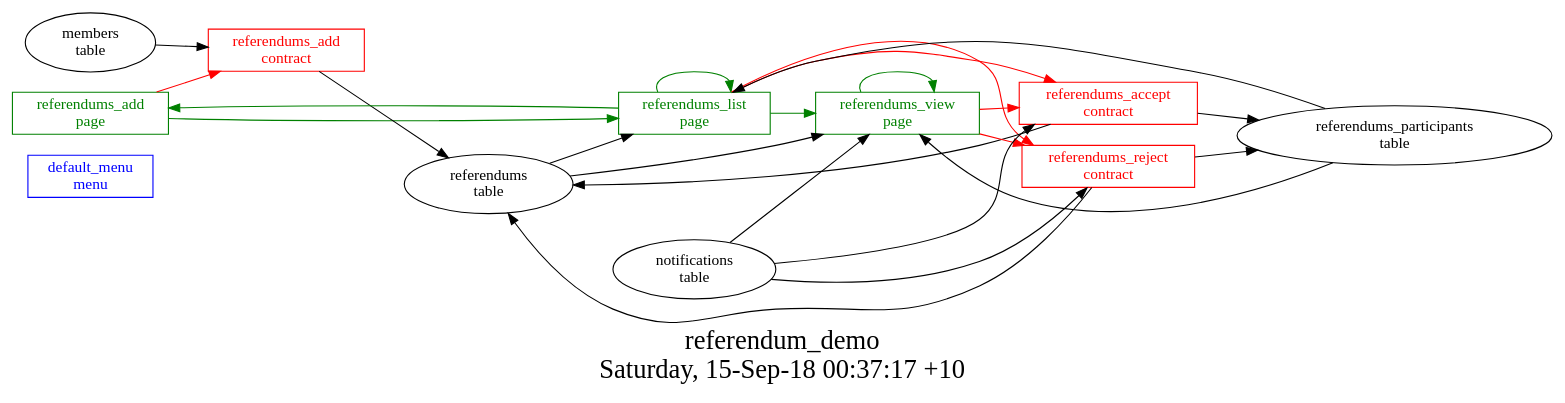
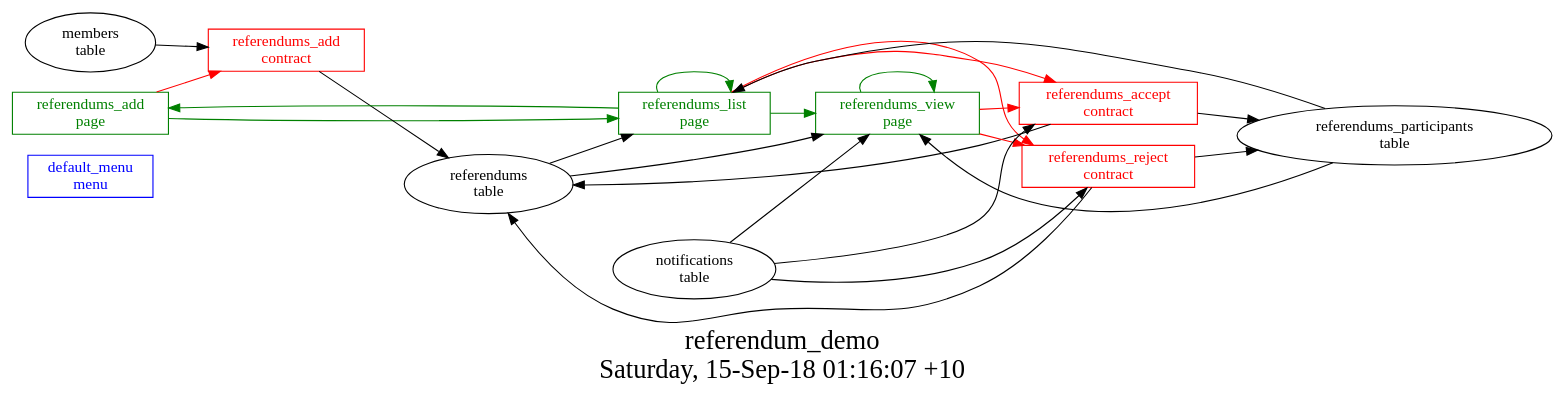
One commit to AplaProject/apps changed the diagram in quick-start-apps/referendum_demo/struct.dot. Above: the diagram before and after it, drawn with Graphviz. The commit also changed 12 other files, not shown here.

```diff
--- a/quick-start-apps/referendum_demo/struct.dot
+++ b/quick-start-apps/referendum_demo/struct.dot
@@ -1,40 +1,40 @@
 digraph G {
 fontsize="24";
-label="referendum_demo\nSaturday, 15-Sep-18 00:37:17 +10";
+label="referendum_demo\nSaturday, 15-Sep-18 01:16:07 +10";
 nojustify=true;
 ordering=out;
 rankdir=LR;
 size="30";
 "default_menu\nmenu" [color=blue, fontcolor=blue, group=menus, shape=record];
 "referendums_add\npage" -> "referendums_add\ncontract"  [ color=red ]
 "referendums_add\npage" -> "referendums_list\npage"  [ color=green ]
 "referendums_add\npage" [color=green, fontcolor=green, group=pages, shape=record];
 "referendums_list\npage" -> "referendums_reject\ncontract"  [ color=red ]
 "referendums_list\npage" -> "referendums_accept\ncontract"  [ color=red ]
 "referendums\ntable" -> "referendums_list\npage"
 "referendums_participants\ntable" -> "referendums_list\npage"
 "referendums_list\npage" -> "referendums_add\npage"  [ color=green ]
 "referendums_list\npage" -> "referendums_view\npage"  [ color=green ]
 "referendums_list\npage" -> "referendums_list\npage"  [ color=green ]
 "referendums_list\npage" [color=green, fontcolor=green, group=pages, shape=record];
 "referendums_view\npage" -> "referendums_accept\ncontract"  [ color=red ]
 "referendums_view\npage" -> "referendums_reject\ncontract"  [ color=red ]
 "notifications\ntable" -> "referendums_view\npage"
 "referendums\ntable" -> "referendums_view\npage"
 "referendums_participants\ntable" -> "referendums_view\npage"
 "referendums_view\npage" -> "referendums_view\npage"  [ color=green ]
 "referendums_view\npage" [color=green, fontcolor=green, group=pages, shape=record];
 "referendums_accept\ncontract" -> "referendums\ntable"  [ color="" ]
 "referendums_accept\ncontract" -> "referendums_participants\ntable"  [ color="" ]
 "notifications\ntable" -> "referendums_accept\ncontract"
 "referendums_accept\ncontract" [color=red, fontcolor=red, group=contracts, shape=record];
 "referendums_add\ncontract" -> "referendums\ntable"  [ color="" ]
 "members\ntable" -> "referendums_add\ncontract"
 "referendums_add\ncontract" [color=red, fontcolor=red, group=contracts, shape=record];
 "referendums_reject\ncontract" -> "referendums\ntable"  [ color="" ]
 "referendums_reject\ncontract" -> "referendums_participants\ntable"  [ color="" ]
 "notifications\ntable" -> "referendums_reject\ncontract"
 "referendums_reject\ncontract" [color=red, fontcolor=red, group=contracts, shape=record];
 "referendums\ntable" [color="", fontcolor="", group=tables, shape=""];
 "referendums_participants\ntable" [color="", fontcolor="", group=tables, shape=""];
 }
```
